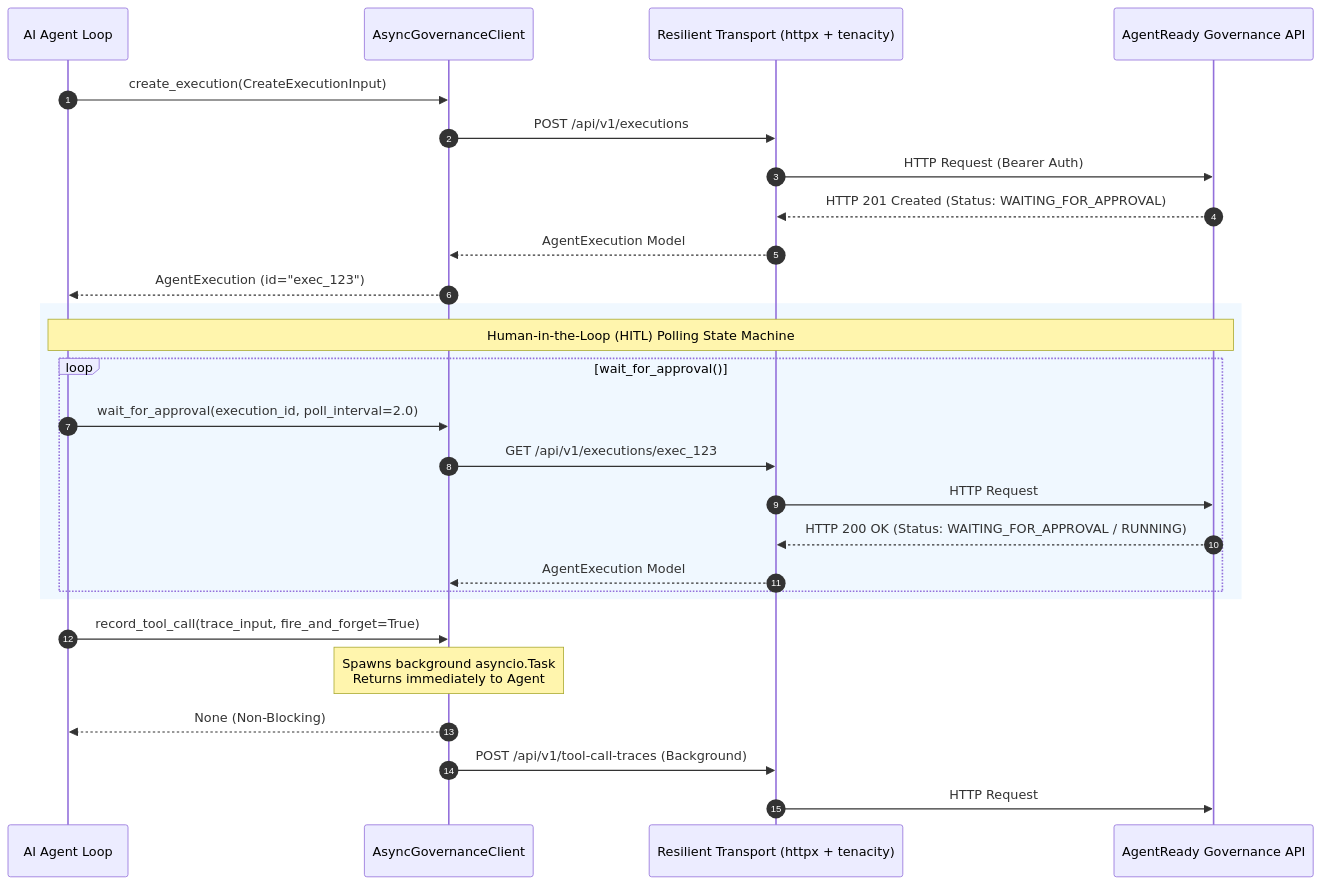
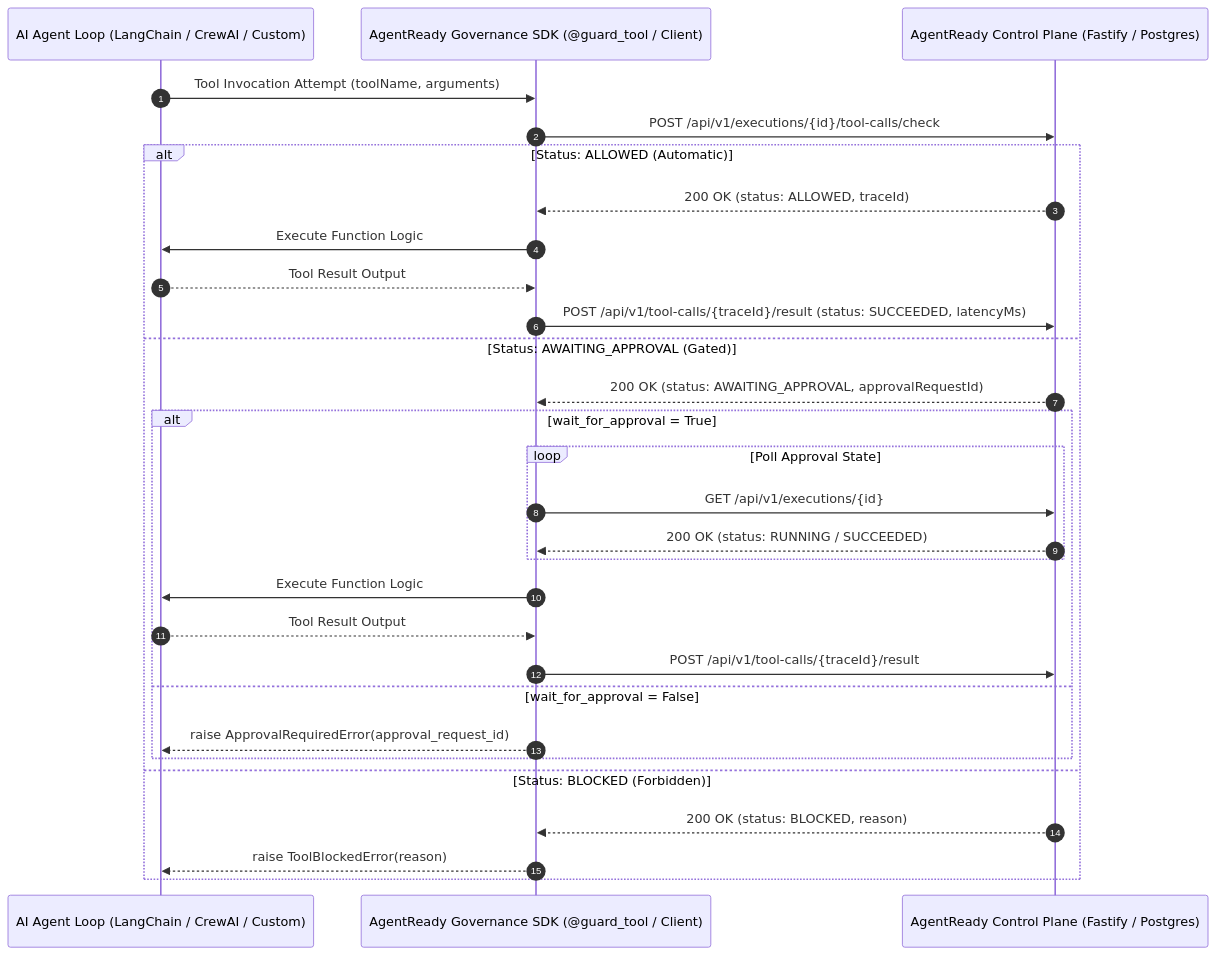
The first of 2 diagrams in README.md (Deadeye102000/Agentready-governance-sdk), drawn with Mermaid before and after one commit. The commit also changed other lines of this file, not shown here.

````diff
--- a/README.md
+++ b/README.md
@@ -78,32 +94,32 @@
 ```mermaid
 sequenceDiagram
     autonumber
-    participant Agent as AI Agent Loop
-    participant SDK as AsyncGovernanceClient
-    participant Transport as Resilient Transport (httpx + tenacity)
-    participant API as AgentReady Governance API
+    participant Agent as AI Agent Loop (LangChain / CrewAI / Custom)
+    participant SDK as AgentReady Governance SDK (@guard_tool / Client)
+    participant API as AgentReady Control Plane (Fastify / Postgres)
 
-    Agent->>SDK: create_execution(CreateExecutionInput)
-    SDK->>Transport: POST /api/v1/executions
-    Transport->>API: HTTP Request (Bearer Auth)
-    API-->>Transport: HTTP 201 Created (Status: WAITING_FOR_APPROVAL)
-    Transport-->>SDK: AgentExecution Model
-    SDK-->>Agent: AgentExecution (id="exec_123")
-
-    rect rgb(240, 248, 255)
-        Note over Agent, API: Human-in-the-Loop (HITL) Polling State Machine
-        loop wait_for_approval()
-            Agent->>SDK: wait_for_approval(execution_id, poll_interval=2.0)
-            SDK->>Transport: GET /api/v1/executions/exec_123
-            Transport->>API: HTTP Request
-            API-->>Transport: HTTP 200 OK (Status: WAITING_FOR_APPROVAL / RUNNING)
-            Transport-->>SDK: AgentExecution Model
+    Agent->>SDK: Tool Invocation Attempt (toolName, arguments)
+    SDK->>API: POST /api/v1/executions/{id}/tool-calls/check
+    alt Status: ALLOWED (Automatic)
+        API-->>SDK: 200 OK (status: ALLOWED, traceId)
+        SDK->>Agent: Execute Function Logic
+        Agent-->>SDK: Tool Result Output
+        SDK->>API: POST /api/v1/tool-calls/{traceId}/result (status: SUCCEEDED, latencyMs)
+    else Status: AWAITING_APPROVAL (Gated)
+        API-->>SDK: 200 OK (status: AWAITING_APPROVAL, approvalRequestId)
+        alt wait_for_approval = True
+            loop Poll Approval State
+                SDK->>API: GET /api/v1/executions/{id}
+                API-->>SDK: 200 OK (status: RUNNING / SUCCEEDED)
+            end
+            SDK->>Agent: Execute Function Logic
+            Agent-->>SDK: Tool Result Output
+            SDK->>API: POST /api/v1/tool-calls/{traceId}/result
+        else wait_for_approval = False
+            SDK-->>Agent: raise ApprovalRequiredError(approval_request_id)
         end
+    else Status: BLOCKED (Forbidden)
+        API-->>SDK: 200 OK (status: BLOCKED, reason)
+        SDK-->>Agent: raise ToolBlockedError(reason)
     end
-
-    Agent->>SDK: record_tool_call(trace_input, fire_and_forget=True)
-    Note over SDK: Spawns background asyncio.Task<br/>Returns immediately to Agent
-    SDK-->>Agent: None (Non-Blocking)
-    SDK->>Transport: POST /api/v1/tool-call-traces (Background)
-    Transport->>API: HTTP Request
 ```
````
